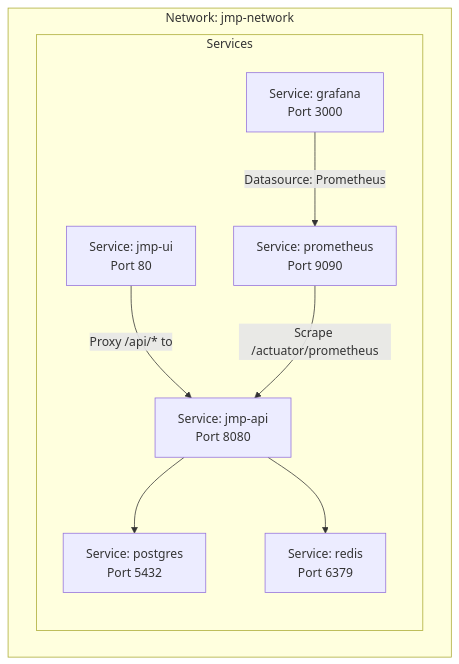
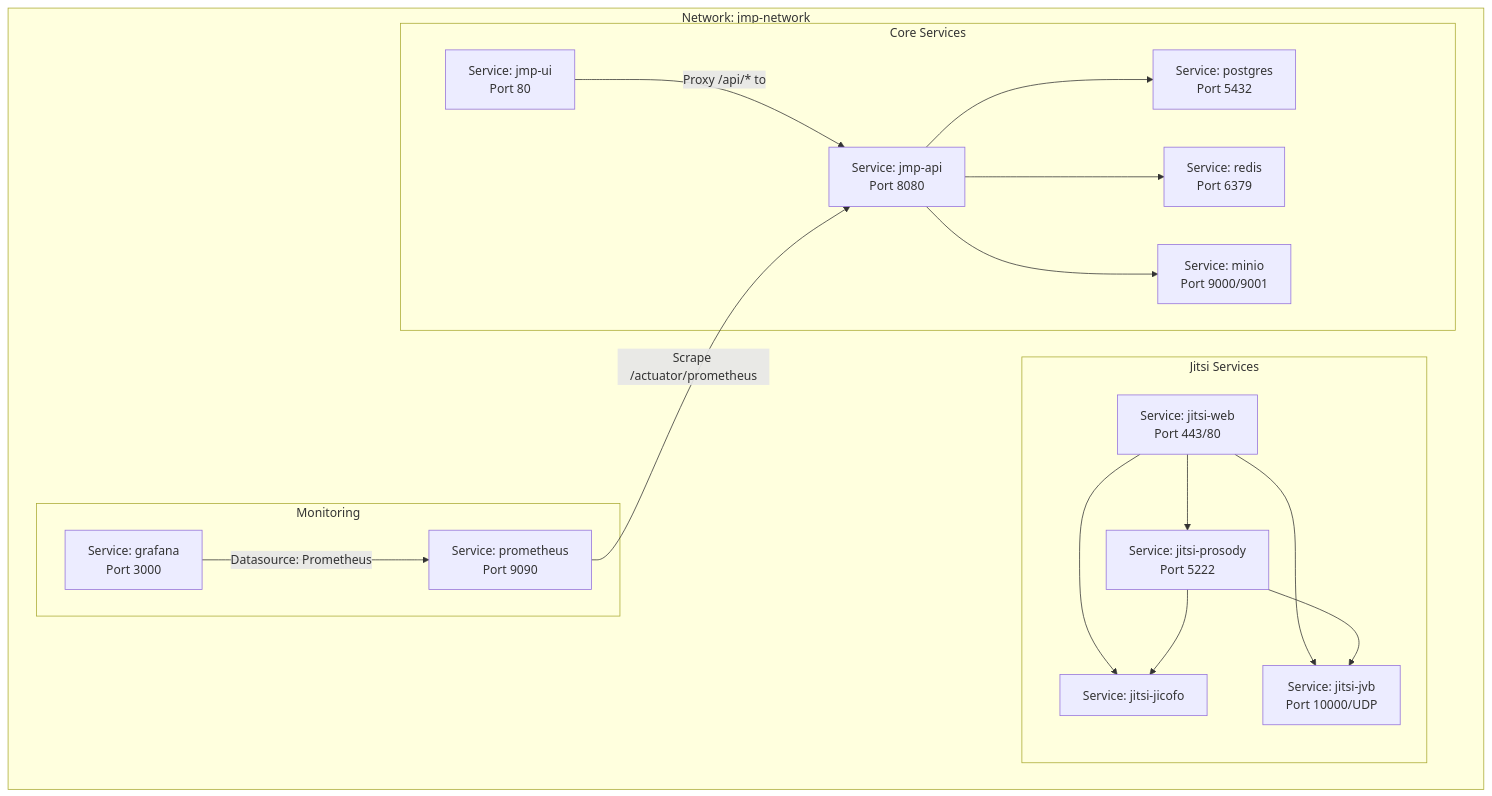
One commit to Vostrikov2014/vks-qoder changed the second of 7 diagrams in .qoder/repowiki/en/content/Deployment and DevOps/Deployment and DevOps.md. Above: the diagram before and after it, drawn with Mermaid. The commit also changed other lines of this file and 9 other files, not shown here.

````diff
--- a/.qoder/repowiki/en/content/Deployment and DevOps/Deployment and DevOps.md
+++ b/.qoder/repowiki/en/content/Deployment and DevOps/Deployment and DevOps.md
@@ -83,18 +114,33 @@
 ```mermaid
 graph TB
 subgraph "Network: jmp-network"
-subgraph "Services"
+subgraph "Core Services"
 API["Service: jmp-api<br/>Port 8080"]
 UI["Service: jmp-ui<br/>Port 80"]
 PG["Service: postgres<br/>Port 5432"]
 RD["Service: redis<br/>Port 6379"]
+MINIO["Service: minio<br/>Port 9000/9001"]
+end
+subgraph "Jitsi Services"
+WEB["Service: jitsi-web<br/>Port 443/80"]
+PROSODY["Service: jitsi-prosody<br/>Port 5222"]
+JICOFO["Service: jitsi-jicofo"]
+JVB["Service: jitsi-jvb<br/>Port 10000/UDP"]
+end
+subgraph "Monitoring"
 PM["Service: prometheus<br/>Port 9090"]
 GF["Service: grafana<br/>Port 3000"]
 end
 end
 UI --> |"Proxy /api/* to"| API
 API --> PG
 API --> RD
+API --> MINIO
+WEB --> PROSODY
+WEB --> JICOFO
+WEB --> JVB
+PROSODY --> JICOFO
+PROSODY --> JVB
 PM --> |"Scrape /actuator/prometheus"| API
 GF --> |"Datasource: Prometheus"| PM
 ```
````
